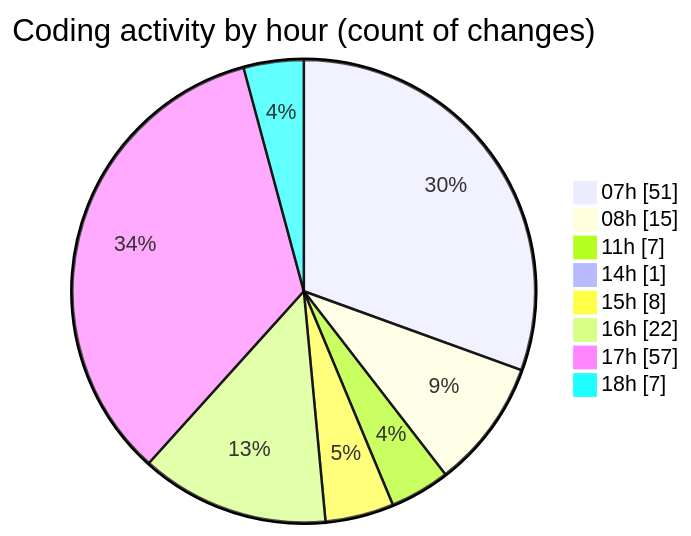
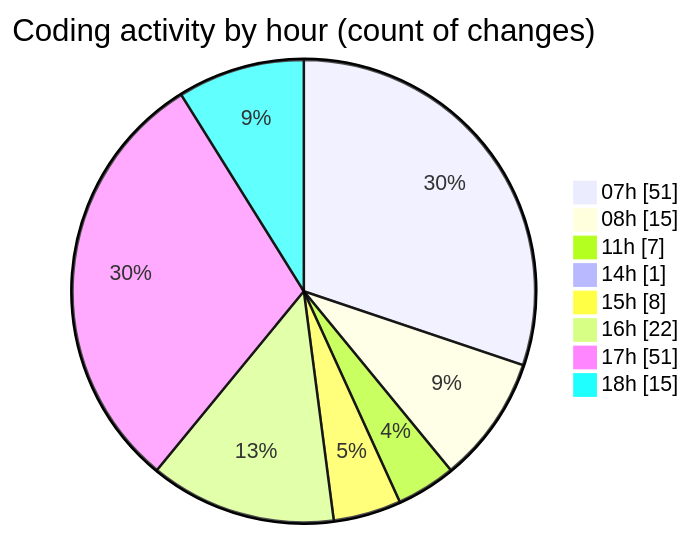
Before and after one commit to robertbonfada/code-tracking: the second of 2 diagrams in 2025-01-17/mbc-web/README.md, drawn with Mermaid. The commit also changed other lines of this file and 2 other files, not shown here.

````diff
--- a/2025-01-17/mbc-web/README.md
+++ b/2025-01-17/mbc-web/README.md
@@ -55,12 +56,12 @@
 ```mermaid
 pie showData
 title Coding activity by hour (count of changes)
 "07h" : 51
 "08h" : 15
 "11h" : 7
 "14h" : 1
 "15h" : 8
 "16h" : 22
-"17h" : 57
-"18h" : 7
+"17h" : 51
+"18h" : 15
 ```
````
